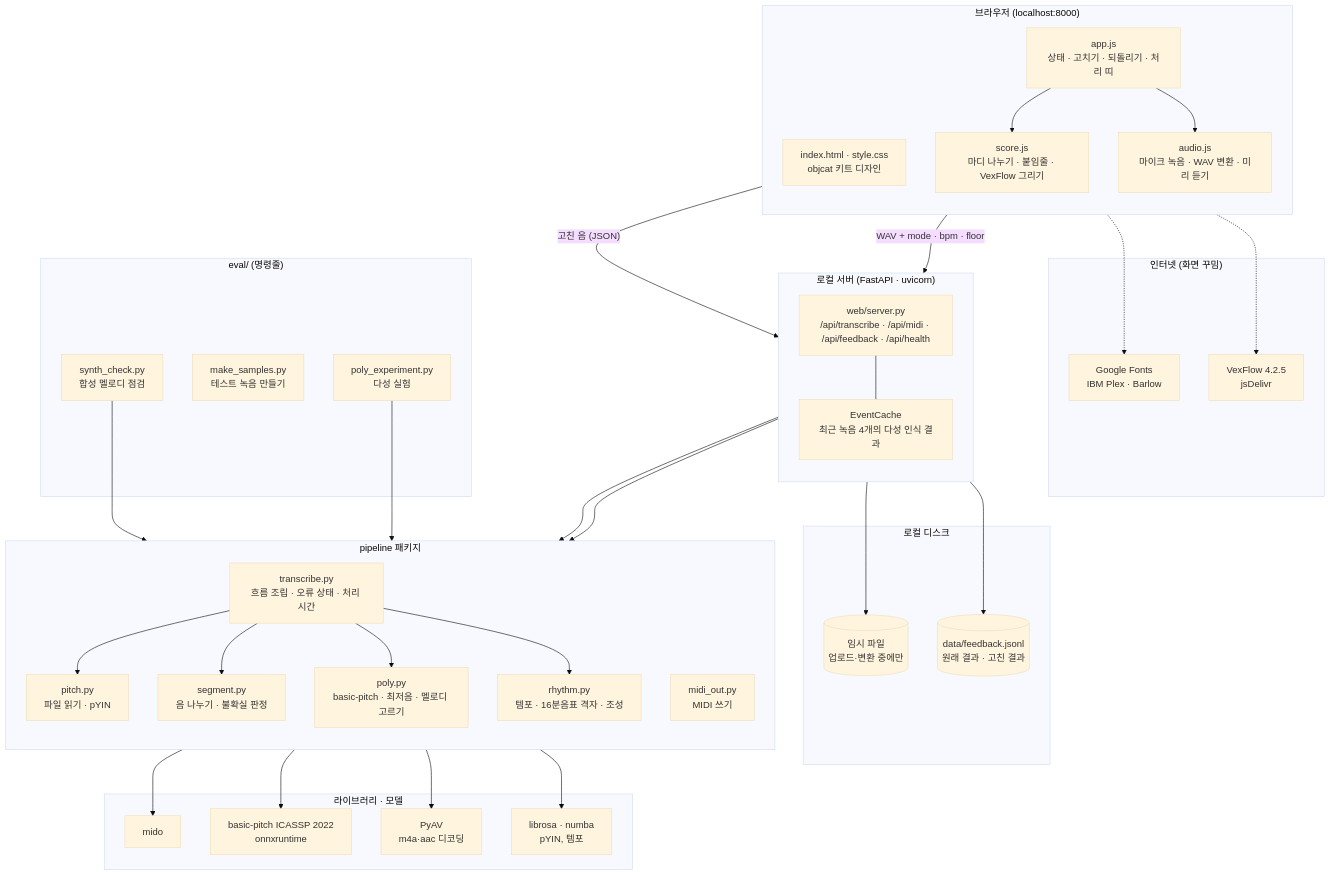
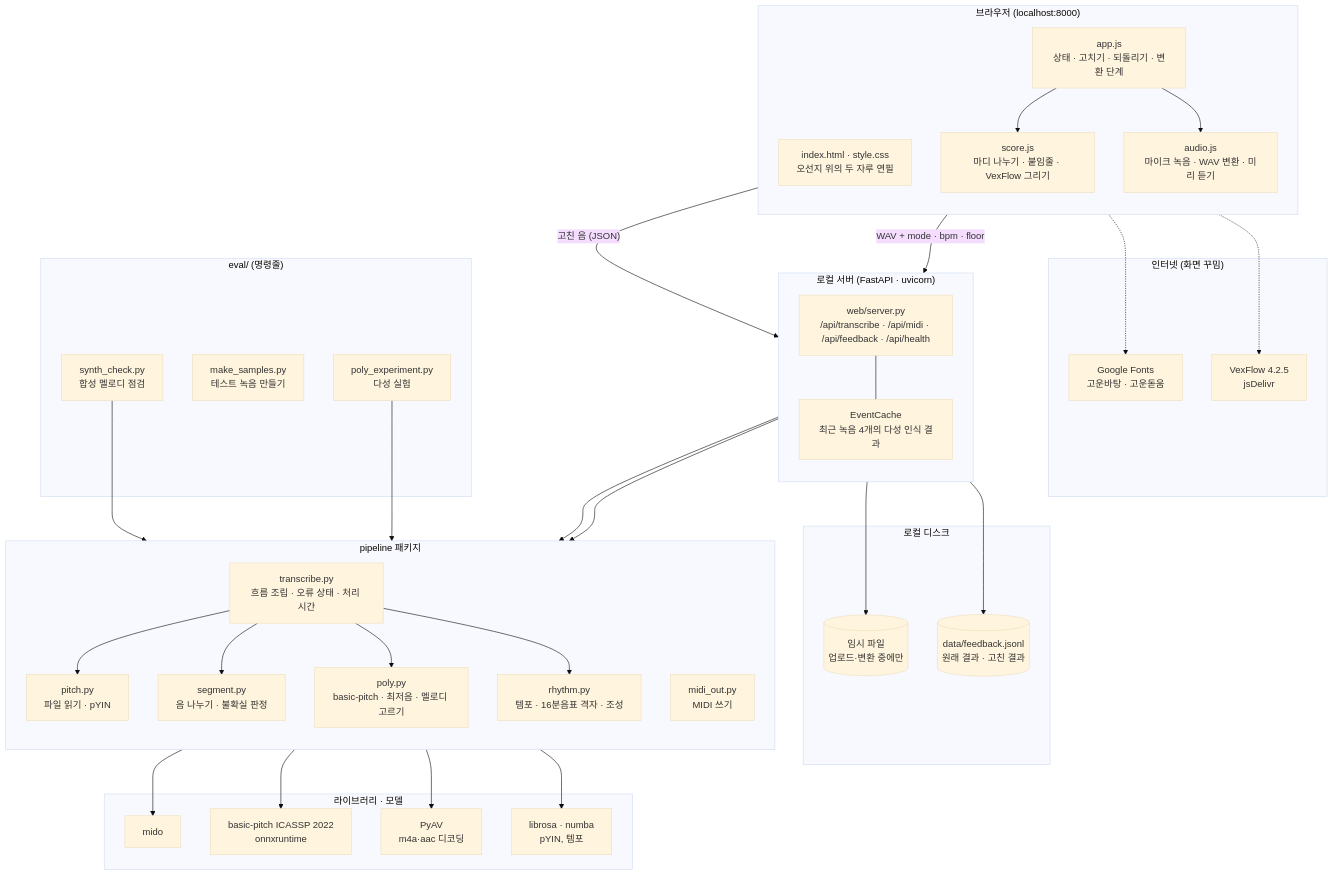
The first of 2 diagrams in docs/architecture.md (hojitea-ui/melodynote), drawn with Mermaid (base theme) before and after one commit. The commit also changed 5 other files, not shown here.

````diff
--- a/docs/architecture.md
+++ b/docs/architecture.md
@@ -7,71 +7,71 @@
 ```mermaid
 flowchart TB
     subgraph Browser["브라우저 (localhost:8000)"]
         direction TB
-        HTML["index.html · style.css<br/>objcat 키트 디자인"]
-        APP["app.js<br/>상태 · 고치기 · 되돌리기 · 처리 띠"]
+        HTML["index.html · style.css<br/>오선지 위의 두 자루 연필"]
+        APP["app.js<br/>상태 · 고치기 · 되돌리기 · 변환 단계"]
         SCORE["score.js<br/>마디 나누기 · 붙임줄 · VexFlow 그리기"]
         AUDIO["audio.js<br/>마이크 녹음 · WAV 변환 · 미리 듣기"]
         APP --> SCORE
         APP --> AUDIO
     end
 
     subgraph CDN["인터넷 (화면 꾸밈)"]
         VF["VexFlow 4.2.5<br/>jsDelivr"]
-        GF["Google Fonts<br/>IBM Plex · Barlow"]
+        GF["Google Fonts<br/>고운바탕 · 고운돋움"]
     end
 
     subgraph Server["로컬 서버 (FastAPI · uvicorn)"]
         direction TB
         API["web/server.py<br/>/api/transcribe · /api/midi · /api/feedback · /api/health"]
         CACHE["EventCache<br/>최근 녹음 4개의 다성 인식 결과"]
         API --- CACHE
     end
 
     subgraph Pipeline["pipeline 패키지"]
         direction TB
         TR["transcribe.py<br/>흐름 조립 · 오류 상태 · 처리 시간"]
         PI["pitch.py<br/>파일 읽기 · pYIN"]
         SE["segment.py<br/>음 나누기 · 불확실 판정"]
         PO["poly.py<br/>basic-pitch · 최저음 · 멜로디 고르기"]
         RH["rhythm.py<br/>템포 · 16분음표 격자 · 조성"]
         MI["midi_out.py<br/>MIDI 쓰기"]
         TR --> PI
         TR --> SE
         TR --> PO
         TR --> RH
     end
 
     subgraph Libs["라이브러리 · 모델"]
         LR["librosa · numba<br/>pYIN, 템포"]
         BP["basic-pitch ICASSP 2022<br/>onnxruntime"]
         AV["PyAV<br/>m4a·aac 디코딩"]
         MD["mido"]
     end
 
     subgraph Disk["로컬 디스크"]
         FB[("data/feedback.jsonl<br/>원래 결과 · 고친 결과")]
         TMP[("임시 파일<br/>업로드·변환 중에만")]
     end
 
     subgraph Eval["eval/ (명령줄)"]
         SC["synth_check.py<br/>합성 멜로디 점검"]
         MS["make_samples.py<br/>테스트 녹음 만들기"]
         PE["poly_experiment.py<br/>다성 실험"]
     end
 
     HTML -.-> VF
     HTML -.-> GF
     APP -- "WAV + mode · bpm · floor" --> API
     APP -- "고친 음 (JSON)" --> API
     API --> TR
     API --> MI
     API --> FB
     API --> TMP
     PI --> LR
     PI --> AV
     PO --> BP
     MI --> MD
     SC --> TR
     PE --> PO
 ```
````
